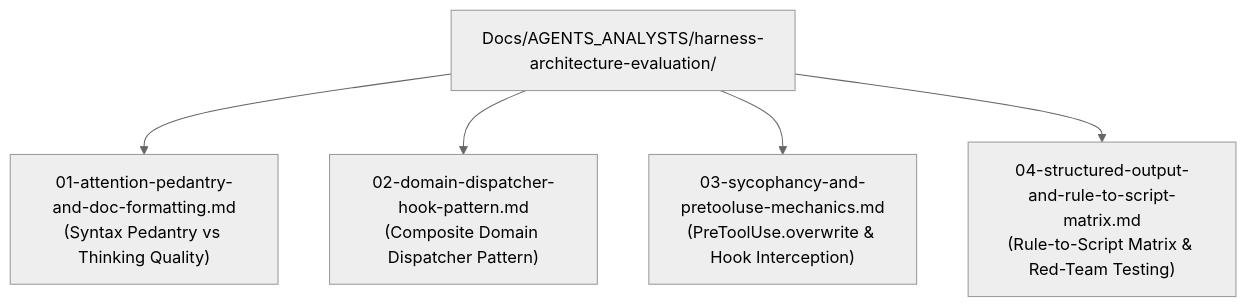
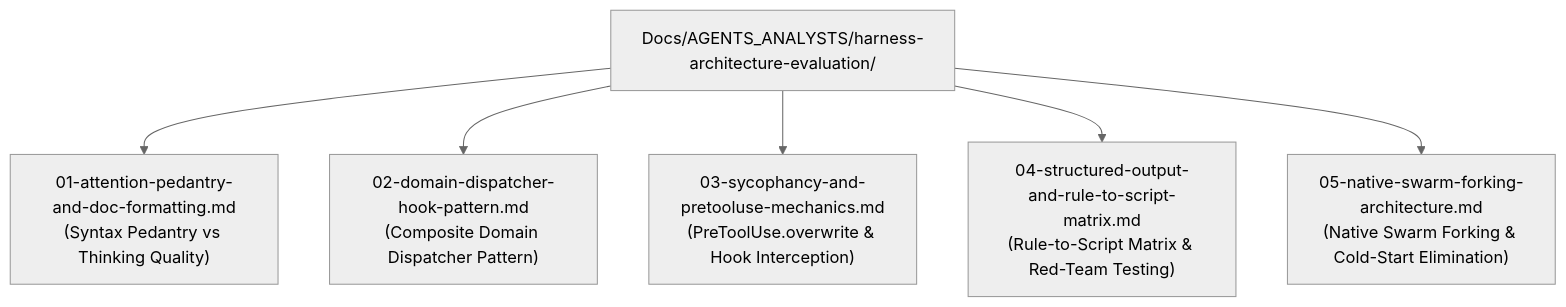
The diagram in Docs/AGENTS_ANALYSTS/harness-architecture-evaluation/00-overview-and-evaluation-criteria.md (vuthuonghai-steve/auto-rep-zalo), drawn with Mermaid (neutral theme) before and after one commit. The commit also changed other lines of this file and 1 other file, not shown here.

First line of the commit message:
docs(architecture): add native swarm forking architecture and update evaluation index

````diff
--- a/Docs/AGENTS_ANALYSTS/harness-architecture-evaluation/00-overview-and-evaluation-criteria.md
+++ b/Docs/AGENTS_ANALYSTS/harness-architecture-evaluation/00-overview-and-evaluation-criteria.md
@@ -22,7 +22,8 @@
 ```mermaid
 flowchart TD
     Hub["Docs/AGENTS_ANALYSTS/harness-architecture-evaluation/"] --> Doc1["01-attention-pedantry-and-doc-formatting.md\n(Syntax Pedantry vs Thinking Quality)"]
     Hub --> Doc2["02-domain-dispatcher-hook-pattern.md\n(Composite Domain Dispatcher Pattern)"]
     Hub --> Doc3["03-sycophancy-and-pretooluse-mechanics.md\n(PreToolUse.overwrite & Hook Interception)"]
     Hub --> Doc4["04-structured-output-and-rule-to-script-matrix.md\n(Rule-to-Script Matrix & Red-Team Testing)"]
+    Hub --> Doc5["05-native-swarm-forking-architecture.md\n(Native Swarm Forking & Cold-Start Elimination)"]
 ```
````
